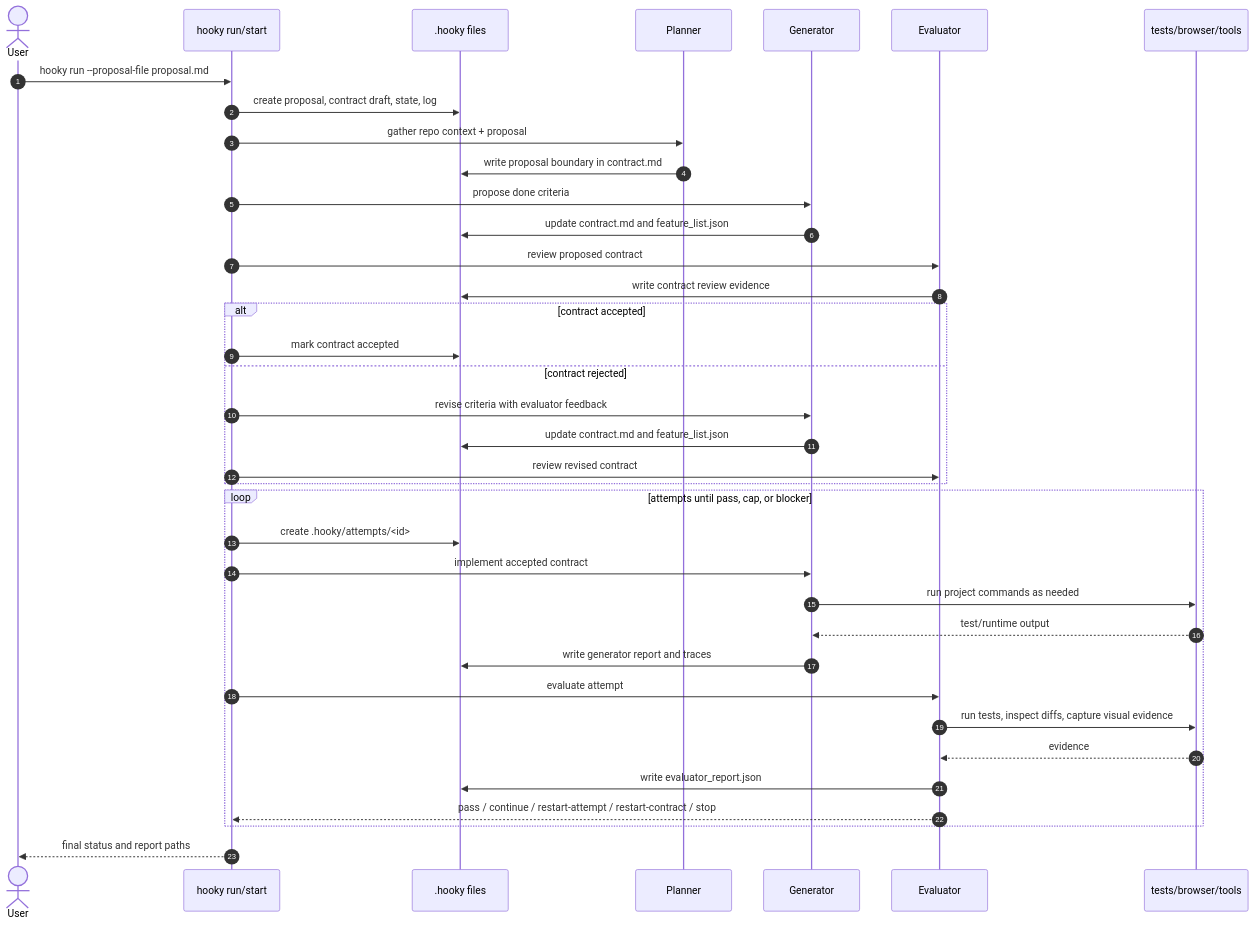
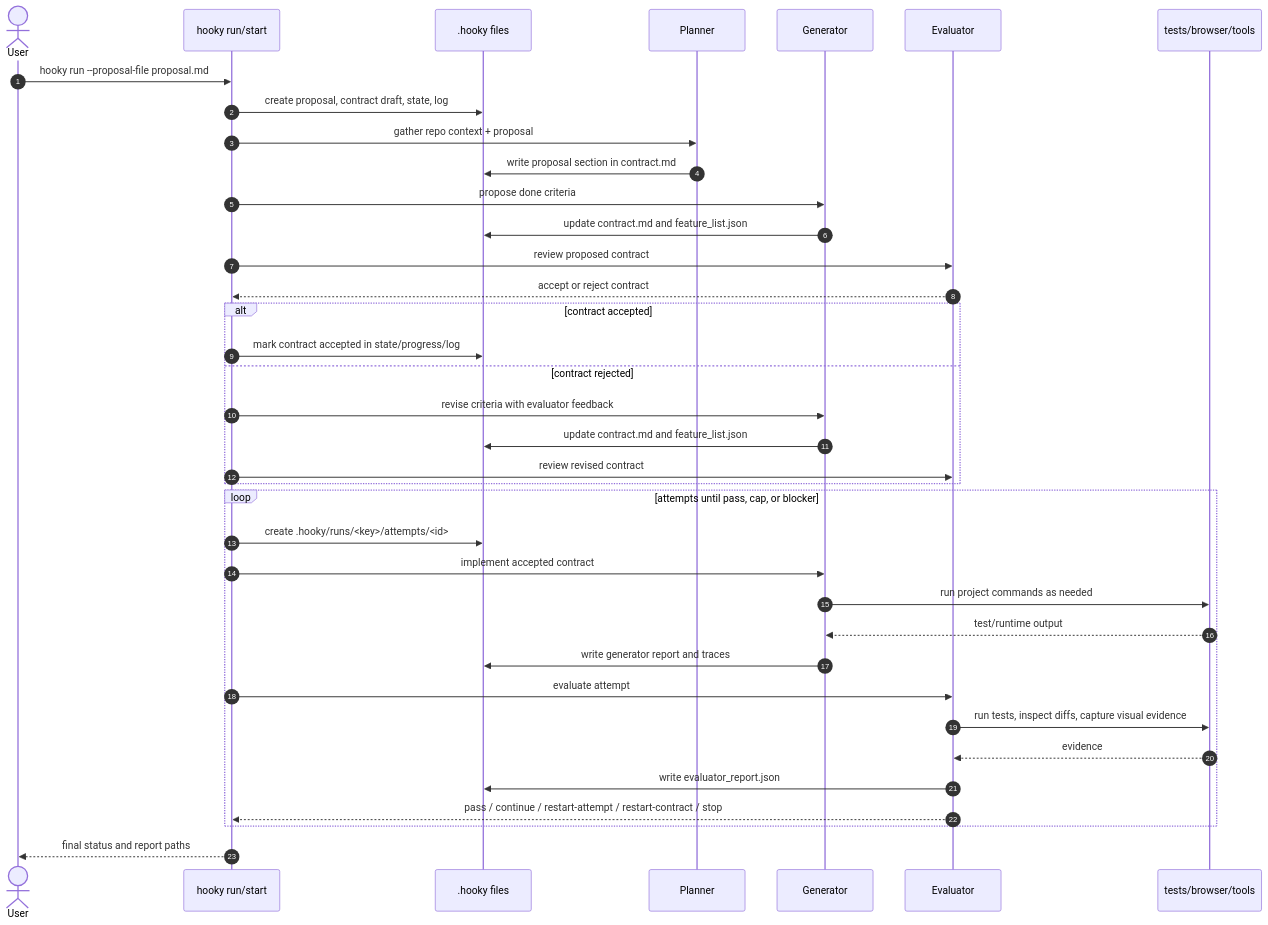
Before and after one commit to datashaman/hooky: the first of 3 diagrams in docs/usage-sequences.md, drawn with Mermaid. The commit also changed other lines of this file and 19 other files, not shown here.

````diff
--- a/docs/usage-sequences.md
+++ b/docs/usage-sequences.md
@@ -14,43 +16,43 @@
 ```mermaid
 sequenceDiagram
     autonumber
     actor User
     participant CLI as hooky run/start
     participant FS as .hooky files
     participant Planner
     participant Generator
     participant Evaluator
     participant Tools as tests/browser/tools
 
     User->>CLI: hooky run --proposal-file proposal.md
     CLI->>FS: create proposal, contract draft, state, log
     CLI->>Planner: gather repo context + proposal
-    Planner->>FS: write proposal boundary in contract.md
+    Planner->>FS: write proposal section in contract.md
     CLI->>Generator: propose done criteria
     Generator->>FS: update contract.md and feature_list.json
     CLI->>Evaluator: review proposed contract
-    Evaluator->>FS: write contract review evidence
+    Evaluator-->>CLI: accept or reject contract
 
     alt contract accepted
-        CLI->>FS: mark contract accepted
+        CLI->>FS: mark contract accepted in state/progress/log
     else contract rejected
         CLI->>Generator: revise criteria with evaluator feedback
         Generator->>FS: update contract.md and feature_list.json
         CLI->>Evaluator: review revised contract
     end
 
     loop attempts until pass, cap, or blocker
-        CLI->>FS: create .hooky/attempts/<id>
+        CLI->>FS: create .hooky/runs/<key>/attempts/<id>
         CLI->>Generator: implement accepted contract
         Generator->>Tools: run project commands as needed
         Tools-->>Generator: test/runtime output
         Generator->>FS: write generator report and traces
         CLI->>Evaluator: evaluate attempt
         Evaluator->>Tools: run tests, inspect diffs, capture visual evidence
         Tools-->>Evaluator: evidence
         Evaluator->>FS: write evaluator_report.json
         Evaluator-->>CLI: pass / continue / restart-attempt / restart-contract / stop
     end
 
     CLI-->>User: final status and report paths
 ```
````
